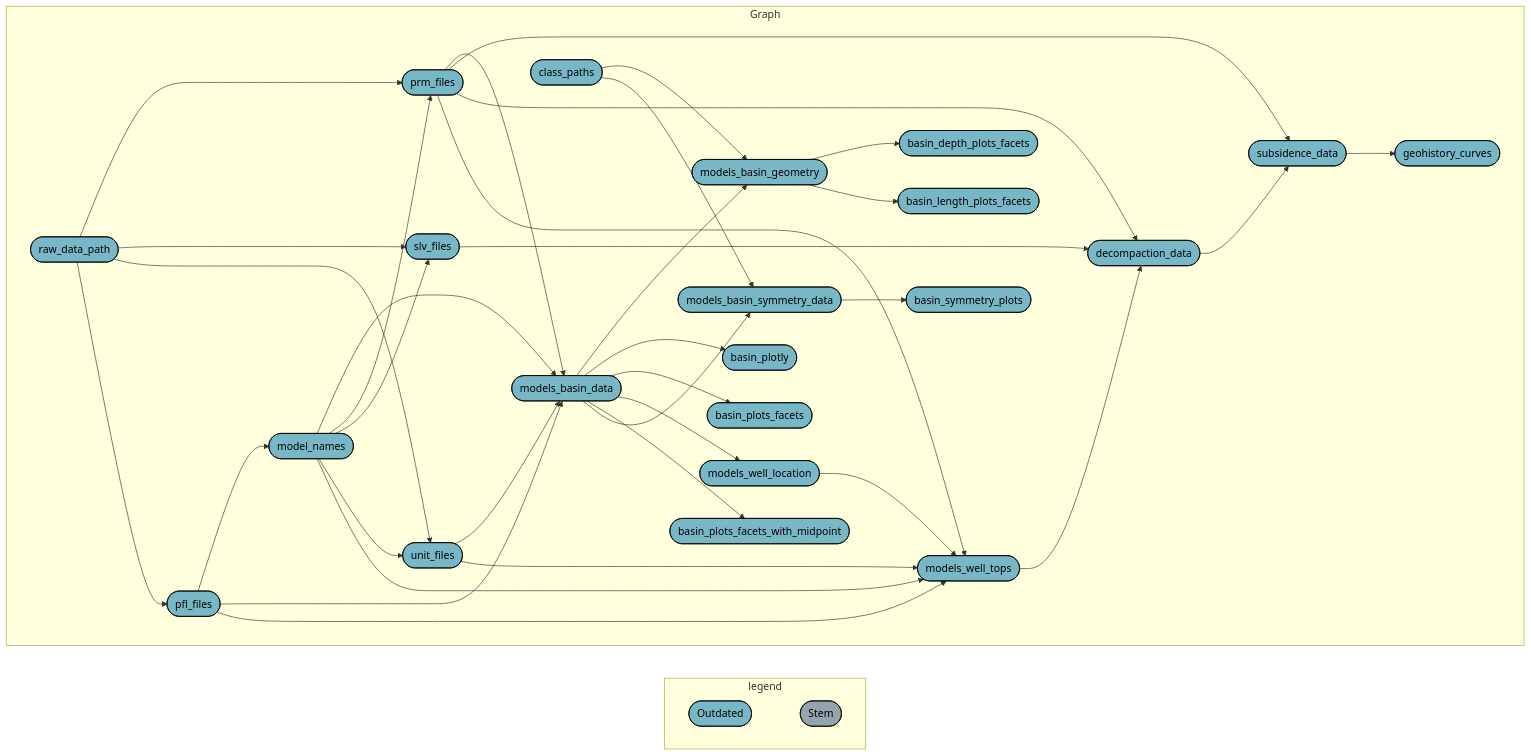
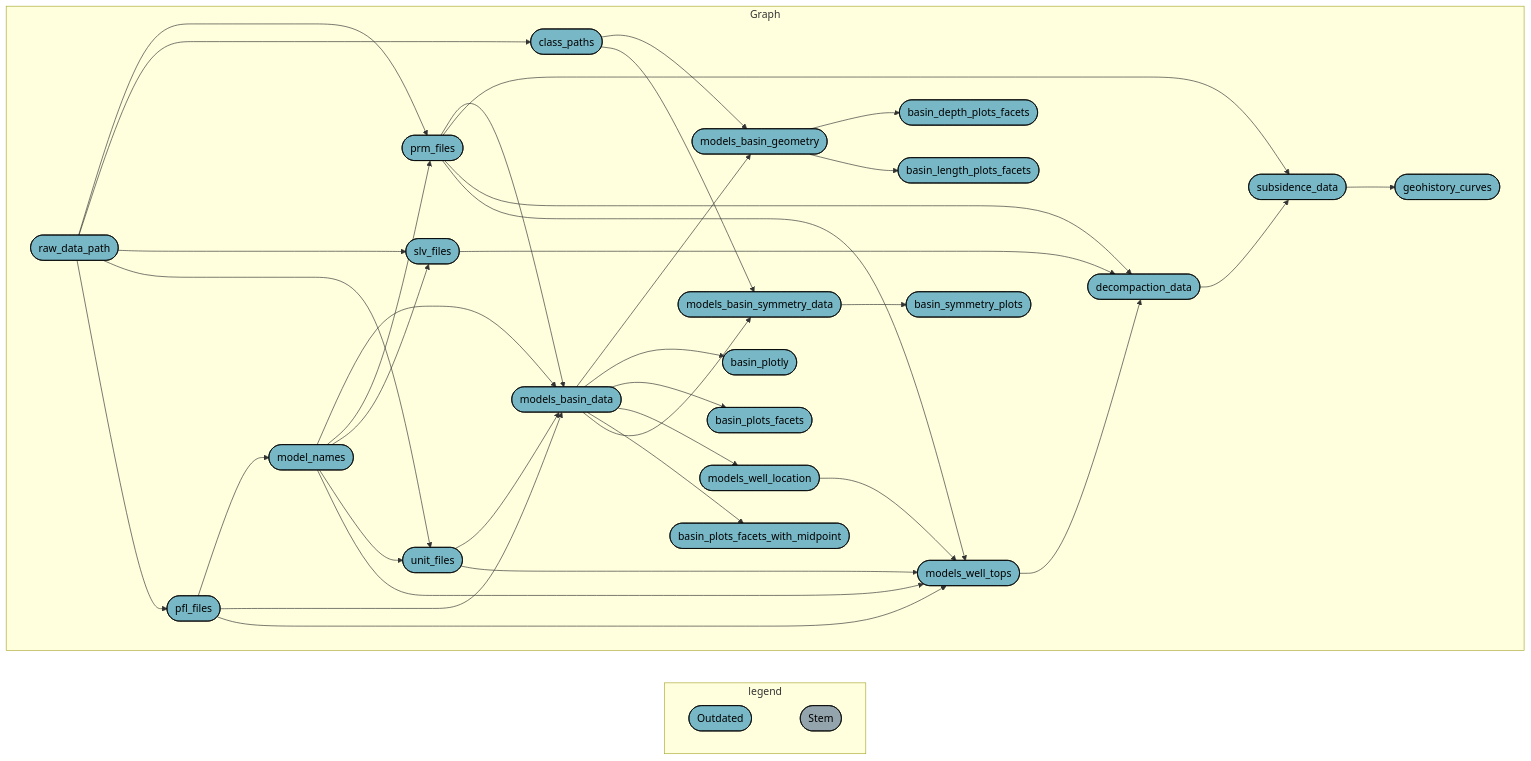
The diagram in thesis_wiki.md (DoOmBoTs/tisc_viewr), drawn with Mermaid before and after one commit.

````diff
--- a/thesis_wiki.md
+++ b/thesis_wiki.md
@@ -6,47 +6,48 @@
 ``` mermaid
 graph LR
   subgraph legend
     direction LR
     x0a52b03877696646([""Outdated""]):::outdated --- xbf4603d6c2c2ad6b([""Stem""]):::none
   end
   subgraph Graph
     direction LR
     x416d02a14c369b7c(["models_basin_symmetry_data"]):::outdated --> x36120aa174715e7e(["basin_symmetry_plots"]):::outdated
     x05ee99ee997e47dd(["pfl_files"]):::outdated --> xc88a1f3bc464123d(["model_names"]):::outdated
     xc88a1f3bc464123d(["model_names"]):::outdated --> x5bae5b970a2cd98d(["models_basin_data"]):::outdated
     x05ee99ee997e47dd(["pfl_files"]):::outdated --> x5bae5b970a2cd98d(["models_basin_data"]):::outdated
     x13e66677aef3dcf3(["prm_files"]):::outdated --> x5bae5b970a2cd98d(["models_basin_data"]):::outdated
     xbab700d9ee2d3ce4(["unit_files"]):::outdated --> x5bae5b970a2cd98d(["models_basin_data"]):::outdated
     x8dc0e7b1a3e303ee(["subsidence_data"]):::outdated --> x171fcbb0c3a5fe86(["geohistory_curves"]):::outdated
     xed16daba7deacec5(["class_paths"]):::outdated --> x00c9c51dc7d8c726(["models_basin_geometry"]):::outdated
     x5bae5b970a2cd98d(["models_basin_data"]):::outdated --> x00c9c51dc7d8c726(["models_basin_geometry"]):::outdated
     x5bae5b970a2cd98d(["models_basin_data"]):::outdated --> x1db119fc26f4598a(["basin_plotly"]):::outdated
     x80800cf872926213(["decompaction_data"]):::outdated --> x8dc0e7b1a3e303ee(["subsidence_data"]):::outdated
     x13e66677aef3dcf3(["prm_files"]):::outdated --> x8dc0e7b1a3e303ee(["subsidence_data"]):::outdated
     xc88a1f3bc464123d(["model_names"]):::outdated --> x13e66677aef3dcf3(["prm_files"]):::outdated
     xd98f7991f989723a(["raw_data_path"]):::outdated --> x13e66677aef3dcf3(["prm_files"]):::outdated
+    xd98f7991f989723a(["raw_data_path"]):::outdated --> xed16daba7deacec5(["class_paths"]):::outdated
     x5bae5b970a2cd98d(["models_basin_data"]):::outdated --> x74f26b2a8873f02d(["basin_plots_facets"]):::outdated
     x5bae5b970a2cd98d(["models_basin_data"]):::outdated --> x78351d43e30ebfb1(["models_well_location"]):::outdated
     x5bae5b970a2cd98d(["models_basin_data"]):::outdated --> x394a1af4289d6ff3(["basin_plots_facets_with_midpoint"]):::outdated
     xed16daba7deacec5(["class_paths"]):::outdated --> x416d02a14c369b7c(["models_basin_symmetry_data"]):::outdated
     x5bae5b970a2cd98d(["models_basin_data"]):::outdated --> x416d02a14c369b7c(["models_basin_symmetry_data"]):::outdated
     x8f9d3bdfbbedafc5(["models_well_tops"]):::outdated --> x80800cf872926213(["decompaction_data"]):::outdated
     x13e66677aef3dcf3(["prm_files"]):::outdated --> x80800cf872926213(["decompaction_data"]):::outdated
     xa5ae2d07e4b6651d(["slv_files"]):::outdated --> x80800cf872926213(["decompaction_data"]):::outdated
     xc88a1f3bc464123d(["model_names"]):::outdated --> xa5ae2d07e4b6651d(["slv_files"]):::outdated
     xd98f7991f989723a(["raw_data_path"]):::outdated --> xa5ae2d07e4b6651d(["slv_files"]):::outdated
     xc88a1f3bc464123d(["model_names"]):::outdated --> xbab700d9ee2d3ce4(["unit_files"]):::outdated
     xd98f7991f989723a(["raw_data_path"]):::outdated --> xbab700d9ee2d3ce4(["unit_files"]):::outdated
     xd98f7991f989723a(["raw_data_path"]):::outdated --> x05ee99ee997e47dd(["pfl_files"]):::outdated
     x00c9c51dc7d8c726(["models_basin_geometry"]):::outdated --> xc694f5b86189bb35(["basin_depth_plots_facets"]):::outdated
     xc88a1f3bc464123d(["model_names"]):::outdated --> x8f9d3bdfbbedafc5(["models_well_tops"]):::outdated
     x78351d43e30ebfb1(["models_well_location"]):::outdated --> x8f9d3bdfbbedafc5(["models_well_tops"]):::outdated
     x05ee99ee997e47dd(["pfl_files"]):::outdated --> x8f9d3bdfbbedafc5(["models_well_tops"]):::outdated
     x13e66677aef3dcf3(["prm_files"]):::outdated --> x8f9d3bdfbbedafc5(["models_well_tops"]):::outdated
     xbab700d9ee2d3ce4(["unit_files"]):::outdated --> x8f9d3bdfbbedafc5(["models_well_tops"]):::outdated
     x00c9c51dc7d8c726(["models_basin_geometry"]):::outdated --> xa394f235f791a82c(["basin_length_plots_facets"]):::outdated
   end
   classDef outdated stroke:#000000,color:#000000,fill:#78B7C5;
   classDef none stroke:#000000,color:#000000,fill:#94a4ac;
   linkStyle 0 stroke-width:0px;
 ```
````
